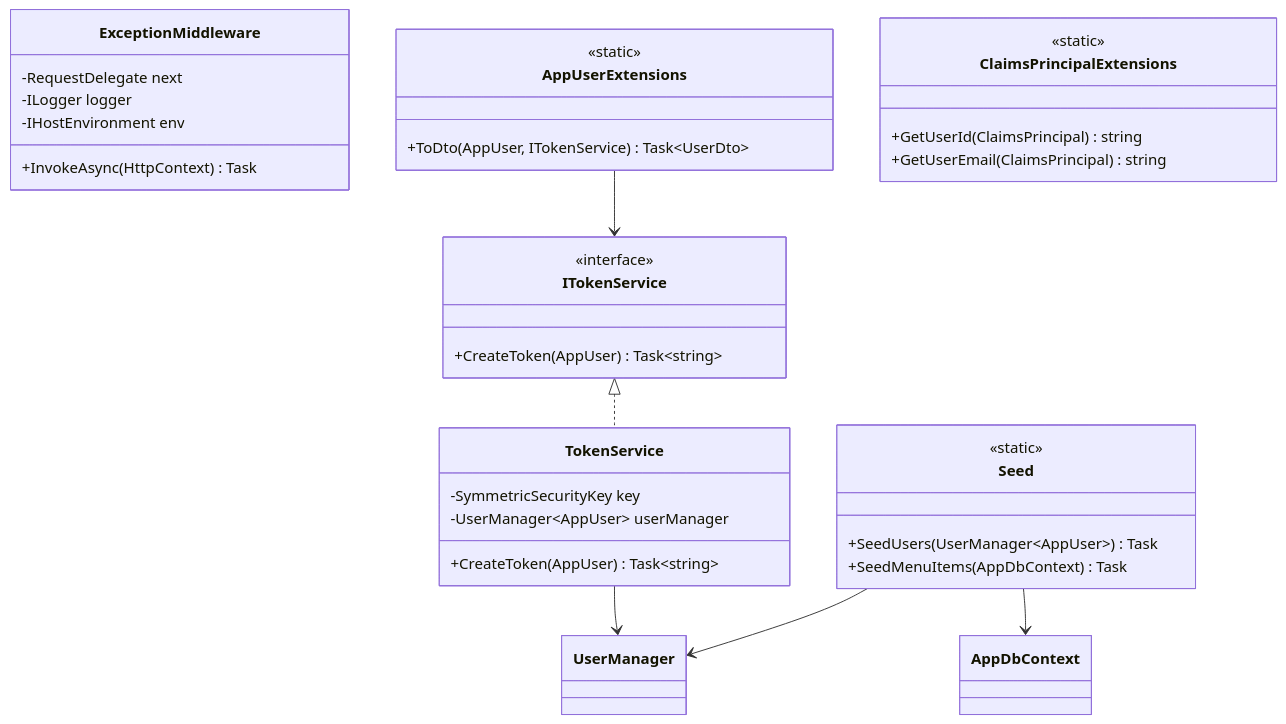
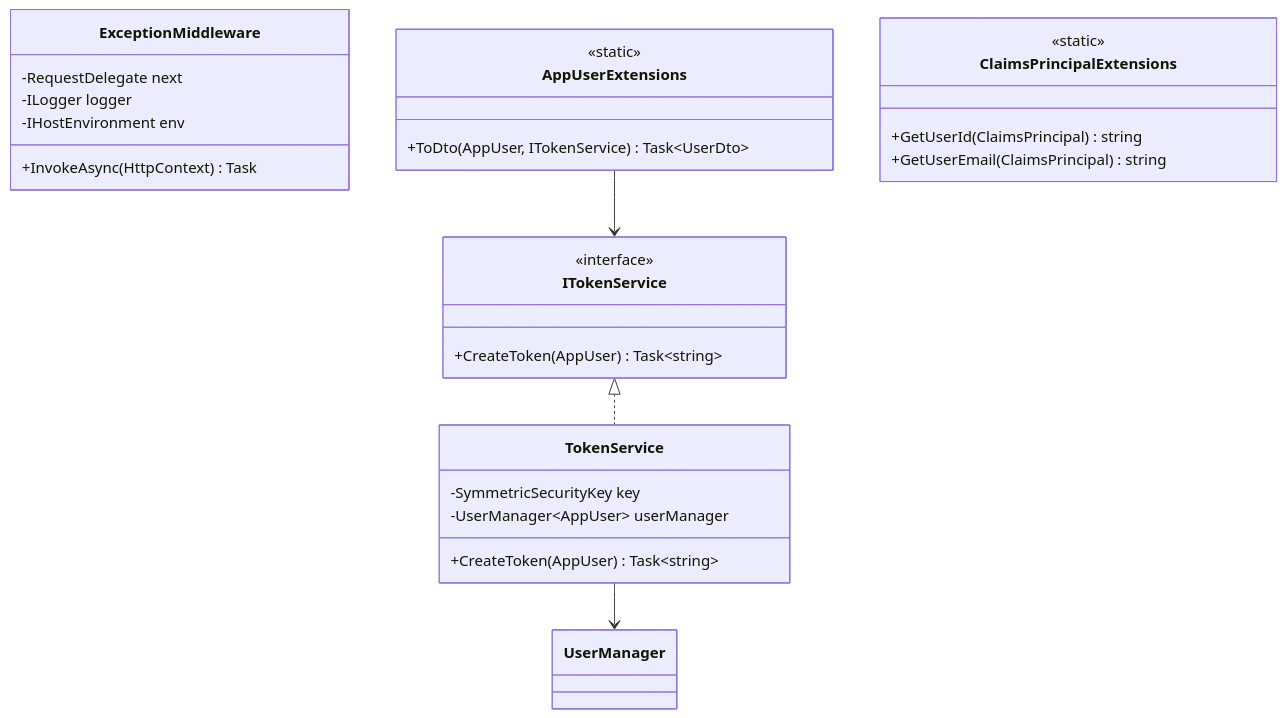
Before and after one commit to ajlile98/dotnet-coffee-shop: the fourth of 7 diagrams in coffee-shop-uml.md, drawn with Mermaid. The commit also changed other lines of this file, not shown here.

Commit message:
updateds user repository to identity framework and remove seed class

````diff
--- a/coffee-shop-uml.md
+++ b/coffee-shop-uml.md
@@ -216,44 +216,36 @@
 ```mermaid
 classDiagram
     class ITokenService {
         <<interface>>
         +CreateToken(AppUser) Task~string~
     }
     
     class TokenService {
         -SymmetricSecurityKey key
         -UserManager~AppUser~ userManager
         +CreateToken(AppUser) Task~string~
-    }
-    
-    class Seed {
-        <<static>>
-        +SeedUsers(UserManager~AppUser~) Task
-        +SeedMenuItems(AppDbContext) Task
     }
     
     class ExceptionMiddleware {
         -RequestDelegate next
         -ILogger logger
         -IHostEnvironment env
         +InvokeAsync(HttpContext) Task
     }
     
     class AppUserExtensions {
         <<static>>
         +ToDto(AppUser, ITokenService) Task~UserDto~
     }
     
     class ClaimsPrincipalExtensions {
         <<static>>
         +GetUserId(ClaimsPrincipal) string
         +GetUserEmail(ClaimsPrincipal) string
     }
     
     %% Relationships
     ITokenService <|.. TokenService
     TokenService --> UserManager
-    Seed --> UserManager
-    Seed --> AppDbContext
     AppUserExtensions --> ITokenService
 ```
````
